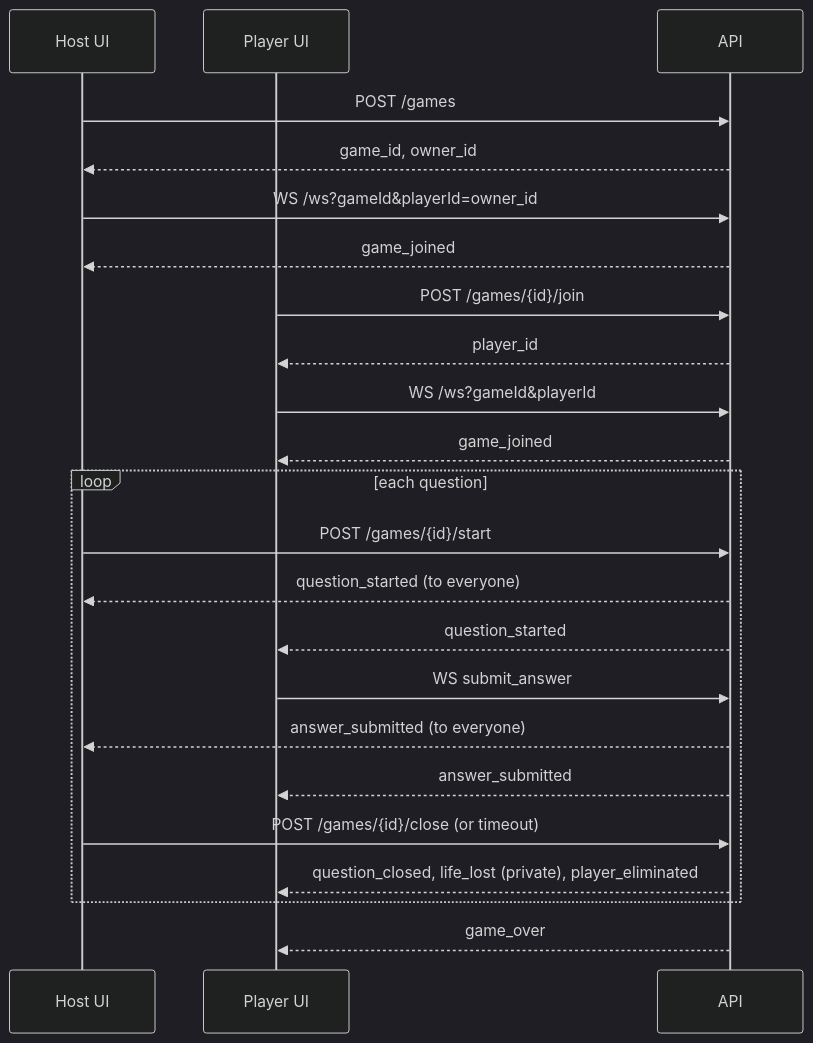
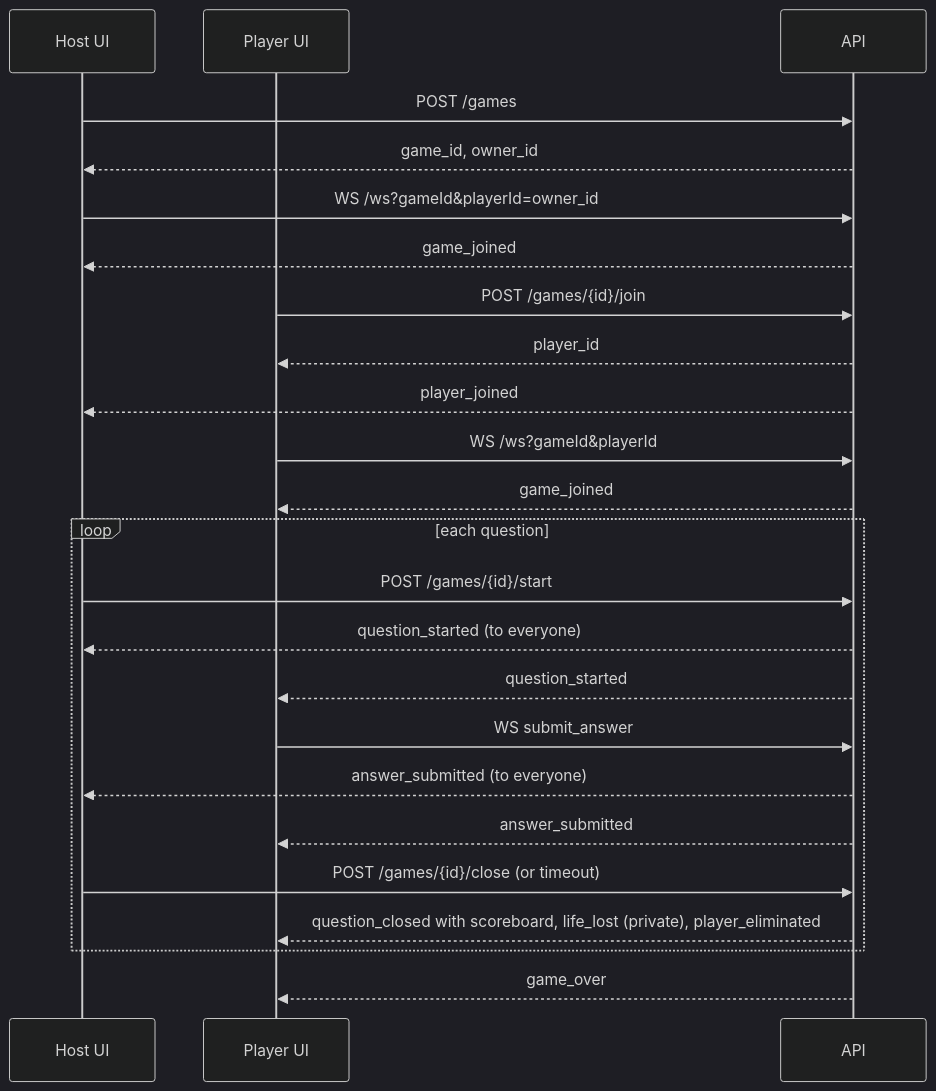
Before and after one commit to scottbass3/quiz-backend: the diagram in docs/frontend-integration.md, drawn with Mermaid (dark theme). The commit also changed other lines of this file and 2 other files, not shown here.

First line of the commit message:
docs: update the integration guide for the closed gaps

````diff
--- a/docs/frontend-integration.md
+++ b/docs/frontend-integration.md
@@ -291,25 +304,26 @@
 ```mermaid
 sequenceDiagram
     participant H as Host UI
     participant P as Player UI
     participant API
     H->>API: POST /games
     API-->>H: game_id, owner_id
     H->>API: WS /ws?gameId&playerId=owner_id
     API-->>H: game_joined
     P->>API: POST /games/{id}/join
     API-->>P: player_id
+    API-->>H: player_joined
     P->>API: WS /ws?gameId&playerId
     API-->>P: game_joined
     loop each question
         H->>API: POST /games/{id}/start
         API-->>H: question_started (to everyone)
         API-->>P: question_started
         P->>API: WS submit_answer
         API-->>H: answer_submitted (to everyone)
         API-->>P: answer_submitted
         H->>API: POST /games/{id}/close (or timeout)
-        API-->>P: question_closed, life_lost (private), player_eliminated
+        API-->>P: question_closed with scoreboard, life_lost (private), player_eliminated
     end
     API-->>P: game_over
 ```
````
